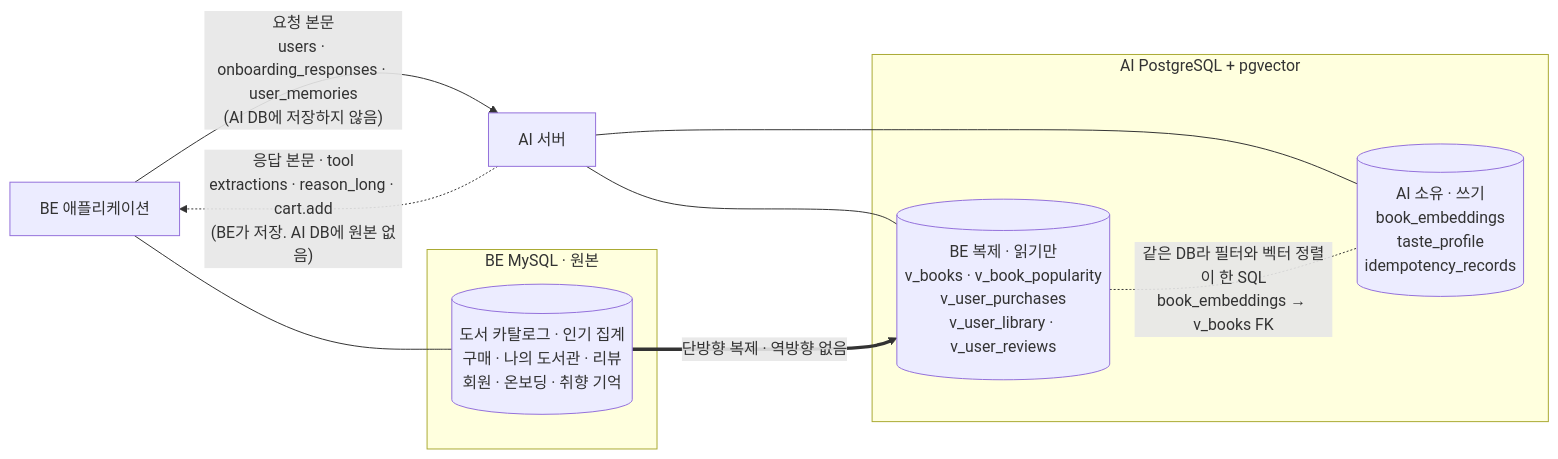
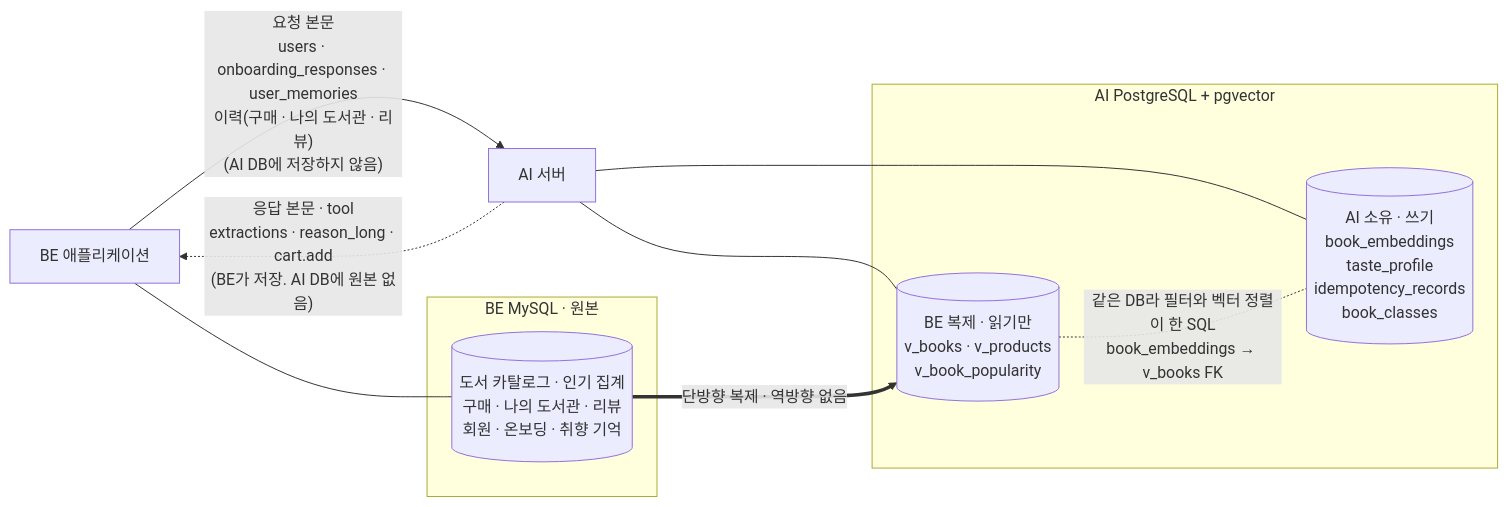
One commit to 100-hours-a-week/KTB4-13th-AI changed the first of 2 diagrams in docs/wiki/ai/9-data-erd/appendix.md. Above: the diagram before and after it, drawn with Mermaid. The commit also changed other lines of this file and 5 other files, not shown here.

````diff
--- a/docs/wiki/ai/9-data-erd/appendix.md
+++ b/docs/wiki/ai/9-data-erd/appendix.md
@@ -15,19 +15,19 @@
 ```mermaid
 flowchart LR
     BE["BE 애플리케이션"]
     AI["AI 서버"]
     subgraph BEDB["BE MySQL · 원본"]
         SRC[("도서 카탈로그 · 인기 집계<br/>구매 · 나의 도서관 · 리뷰<br/>회원 · 온보딩 · 취향 기억")]
     end
     subgraph AIDB["AI PostgreSQL + pgvector"]
-        REP[("BE 복제 · 읽기만<br/>v_books · v_book_popularity<br/>v_user_purchases<br/>v_user_library · v_user_reviews")]
-        OWN[("AI 소유 · 쓰기<br/>book_embeddings<br/>taste_profile<br/>idempotency_records")]
+        REP[("BE 복제 · 읽기만<br/>v_books · v_products<br/>v_book_popularity")]
+        OWN[("AI 소유 · 쓰기<br/>book_embeddings<br/>taste_profile<br/>idempotency_records<br/>book_classes")]
     end
     BE --- SRC
     AI --- REP
     AI --- OWN
     SRC ==>|"단방향 복제 · 역방향 없음"| REP
     REP -.-|"같은 DB라 필터와 벡터 정렬이 한 SQL<br/>book_embeddings → v_books FK"| OWN
-    BE -->|"요청 본문<br/>users · onboarding_responses · user_memories<br/>(AI DB에 저장하지 않음)"| AI
+    BE -->|"요청 본문<br/>users · onboarding_responses · user_memories<br/>이력(구매 · 나의 도서관 · 리뷰)<br/>(AI DB에 저장하지 않음)"| AI
     AI -.->|"응답 본문 · tool<br/>extractions · reason_long · cart.add<br/>(BE가 저장. AI DB에 원본 없음)"| BE
 ```
````
